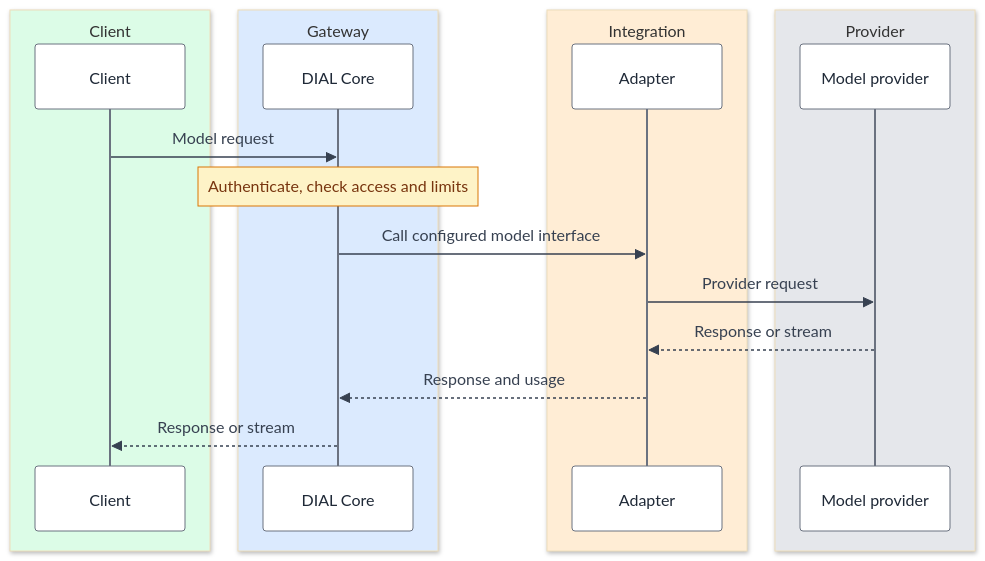
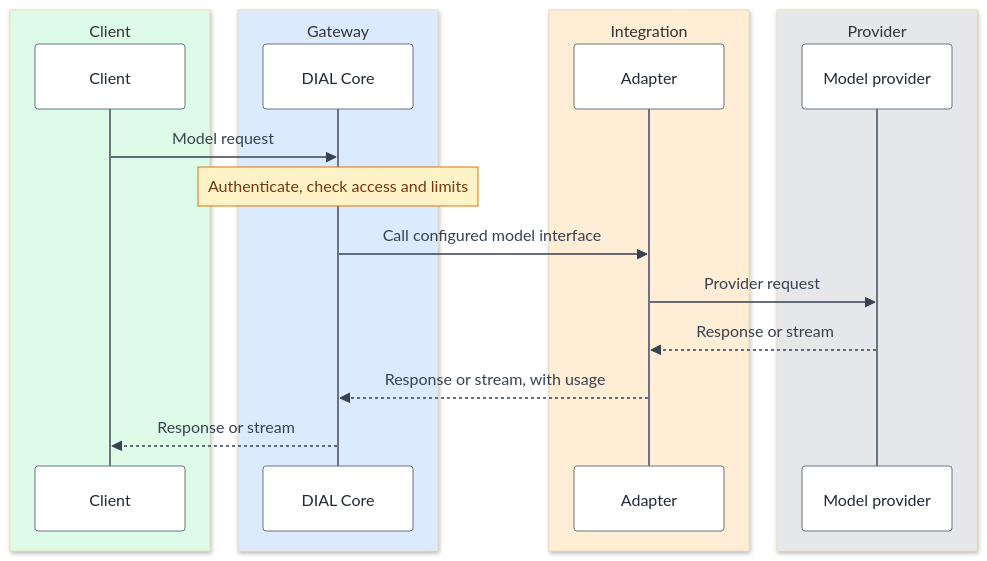
One commit to epam/ai-dial changed the second of 7 diagrams in docs_v2/2.understand-dial/2.architecture/2.request-flow.md. Above: the diagram before and after it, drawn with Mermaid. The commit also changed other lines of this file and 4 other files, not shown here.

````diff
--- a/docs_v2/2.understand-dial/2.architecture/2.request-flow.md
+++ b/docs_v2/2.understand-dial/2.architecture/2.request-flow.md
@@ -45,23 +45,23 @@
 ```mermaid
 %%{init: {"theme":"base","themeVariables":{"actorBkg":"#ffffff","actorBorder":"#6b7280","actorTextColor":"#1f2937","signalColor":"#374151","signalTextColor":"#374151","noteBkgColor":"#fef3c7","noteTextColor":"#78350f","noteBorderColor":"#d97706"}}}%%
 sequenceDiagram
     box rgb(220,252,231) Client
         participant C as Client
     end
     box rgb(219,234,254) Gateway
         participant G as DIAL Core
     end
     box rgb(255,237,213) Integration
         participant A as Adapter
     end
     box rgb(229,231,235) Provider
         participant P as Model provider
     end
     C->>G: Model request
     Note over G: Authenticate, check access and limits
     G->>A: Call configured model interface
     A->>P: Provider request
     P-->>A: Response or stream
-    A-->>G: Response and usage
+    A-->>G: Response or stream, with usage
     G-->>C: Response or stream
 ```
````
